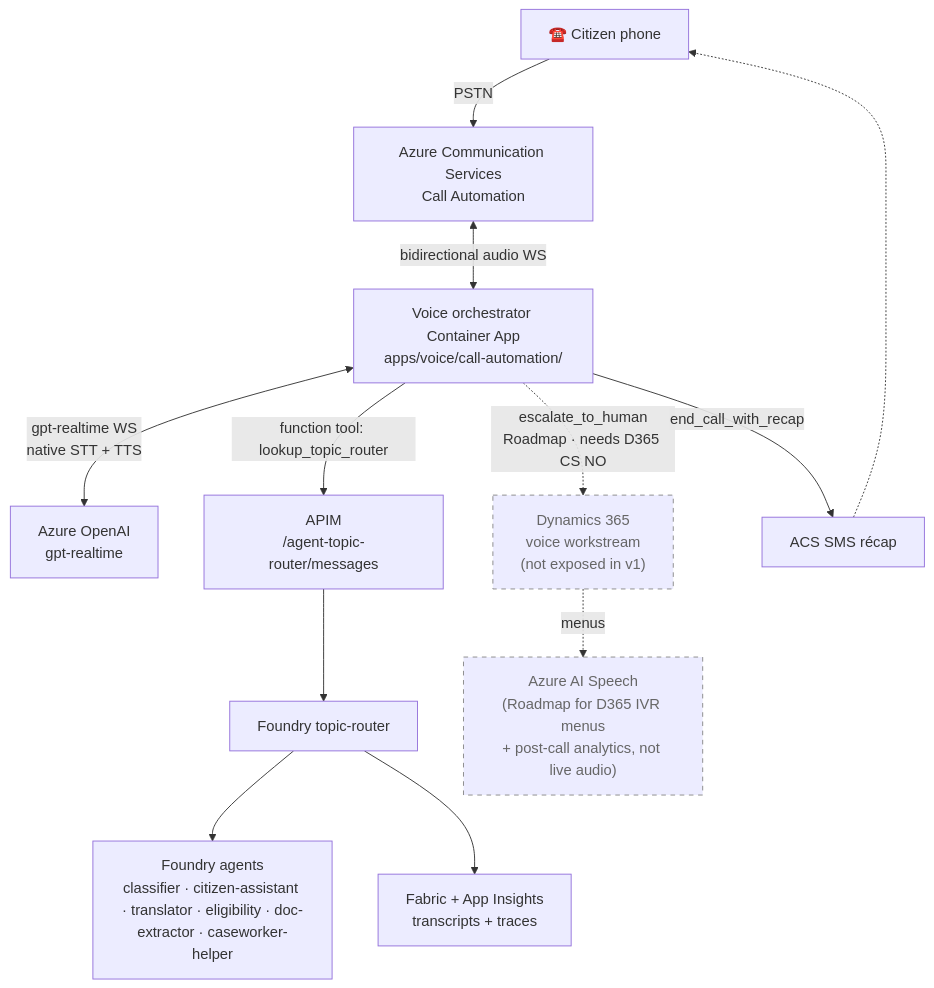
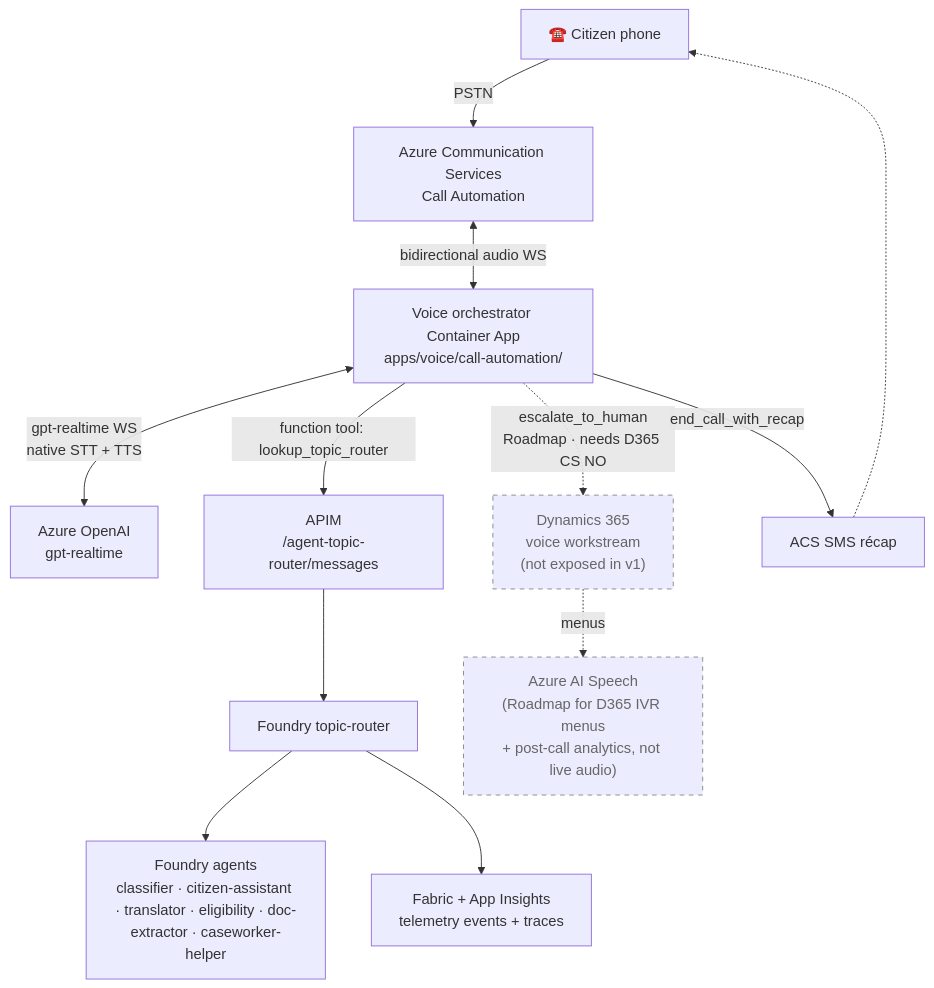
Before and after one commit to fredgis/UDCSP: the first of 6 diagrams in docs/biz/voice.md, drawn with Mermaid. The commit also changed other lines of this file and 105 other files, not shown here.

````diff
--- a/docs/biz/voice.md
+++ b/docs/biz/voice.md
@@ -82,17 +82,17 @@
 ```mermaid
 flowchart TB
     PHONE["☎️ Citizen phone"] -->|PSTN| ACS["Azure Communication Services<br/>Call Automation"]
     ACS <-->|bidirectional audio WS| ORCH["Voice orchestrator Container App<br/>apps/voice/call-automation/"]
     ORCH <-->|gpt-realtime WS<br/>native STT + TTS| GPTRT["Azure OpenAI<br/>gpt-realtime"]
     ORCH -->|function tool: lookup_topic_router| APIM["APIM<br/>/agent-topic-router/messages"]
     APIM --> ROUTER["Foundry topic-router"]
     ROUTER --> FOUNDRY["Foundry agents<br/>classifier · citizen-assistant · translator · eligibility · doc-extractor · caseworker-helper"]
     ORCH -.->|escalate_to_human<br/>Roadmap · needs D365 CS NO| D365["Dynamics 365<br/>voice workstream<br/>(not exposed in v1)"]
-    ROUTER --> FABRIC["Fabric + App Insights<br/>transcripts + traces"]
+    ROUTER --> FABRIC["Fabric + App Insights<br/>telemetry events + traces"]
     ORCH -->|end_call_with_recap| ACSOUT["ACS SMS récap"]
     ACSOUT -.-> PHONE
     SPEECH["Azure AI Speech<br/>(Roadmap for D365 IVR menus<br/>+ post-call analytics, not live audio)"]
     D365 -. menus .-> SPEECH
     classDef v2 stroke-dasharray:5 5,stroke:#888,color:#666
     class D365,SPEECH v2
 ```
````
